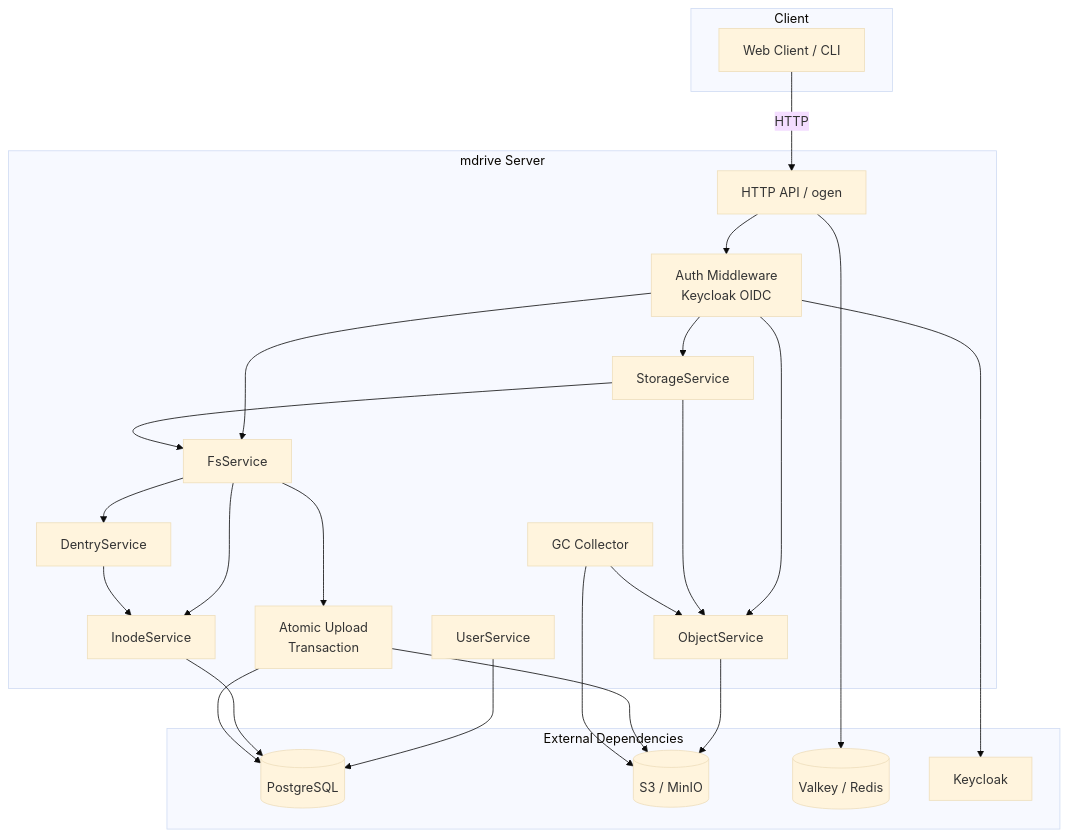
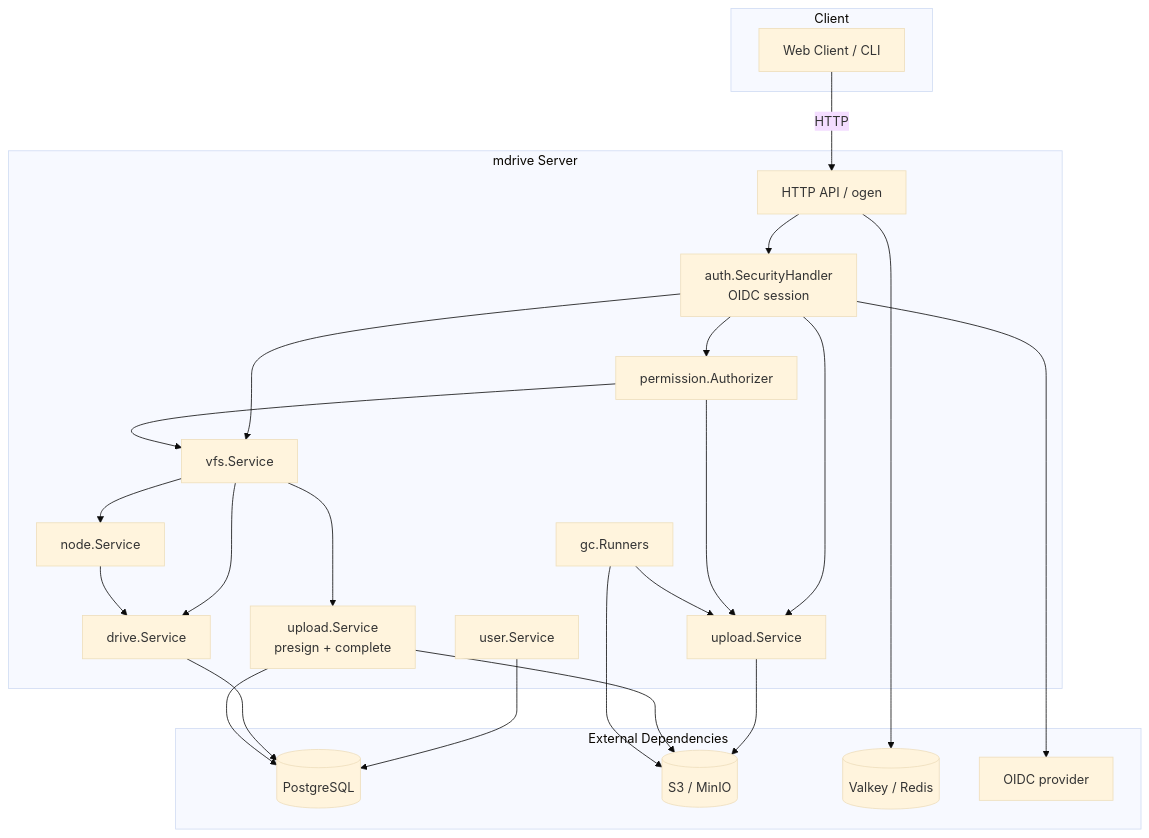
The first of 3 diagrams in README.md (mandacode-labs/mdrive), drawn with Mermaid (base theme) before and after one commit. The commit also changed other lines of this file and 16 other files, not shown here.

````diff
--- a/README.md
+++ b/README.md
@@ -7,47 +7,47 @@
 ```mermaid
 graph TB
     subgraph Client
         A[Web Client / CLI]
     end
 
     subgraph "mdrive Server"
         B[HTTP API / ogen]
-        C[Auth Middleware<br/>Keycloak OIDC]
-        D[FsService]
-        E[ObjectService]
-        F[StorageService]
-        G[UserService]
-        H[DentryService]
-        I[InodeService]
-        J[Atomic Upload<br/>Transaction]
-        K[GC Collector]
+        C[auth.SecurityHandler<br/>OIDC session]
+        D[vfs.Service]
+        E[upload.Service]
+        F[permission.Authorizer]
+        G[user.Service]
+        H[node.Service]
+        I[drive.Service]
+        J[upload.Service<br/>presign + complete]
+        K[gc.Runners]
     end
 
     subgraph "External Dependencies"
         L[(PostgreSQL)]
         M[(S3 / MinIO)]
         N[(Valkey / Redis)]
-        O[Keycloak]
+        O[OIDC provider]
     end
 
     A -->|HTTP| B
     B --> C
     C --> D
     C --> E
     C --> F
     D --> I
     D --> H
     D --> J
     E --> M
     F --> D
     F --> E
     G --> L
     I --> L
     H --> I
     J --> L
     J --> M
     K --> E
     K --> M
     C --> O
     B --> N
 ```
````
